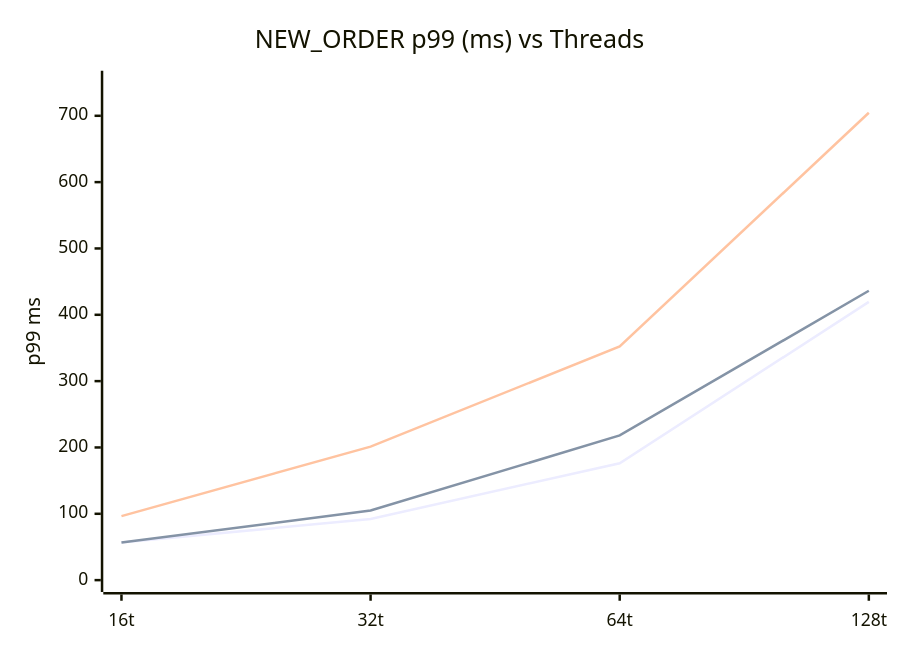
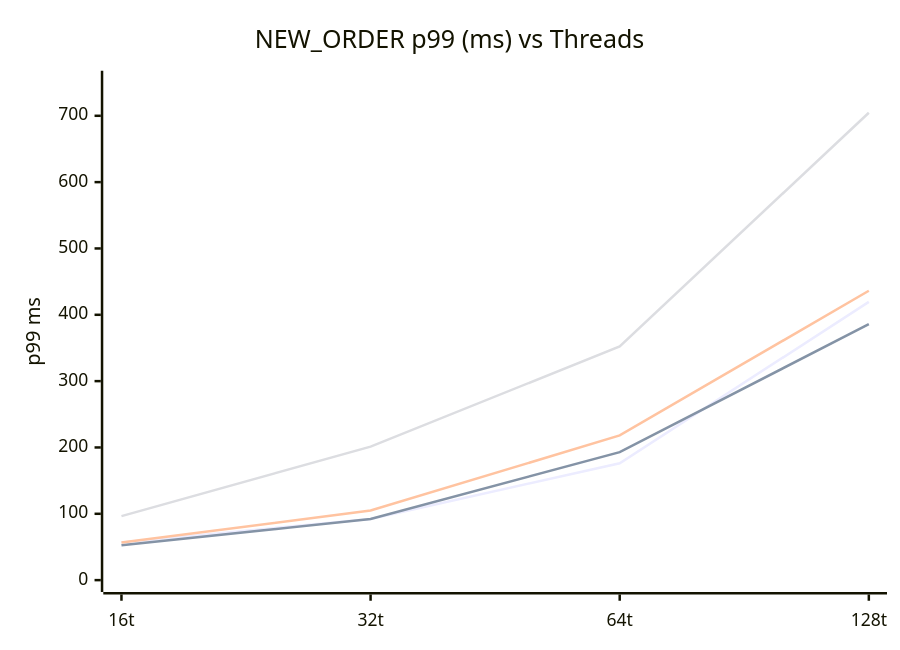
One commit to heavenruler/dba_career changed the third of 4 diagrams in poc/results/tidb-tc1/S-BASE/compare.md. Above: the diagram before and after it, drawn with Mermaid. The commit also changed other lines of this file, not shown here.

````diff
--- a/poc/results/tidb-tc1/S-BASE/compare.md
+++ b/poc/results/tidb-tc1/S-BASE/compare.md
@@ -188,9 +193,10 @@
 ```mermaid
 xychart-beta
   title "NEW_ORDER p99 (ms) vs Threads"
   x-axis ["16t", "32t", "64t", "128t"]
   y-axis "p99 ms" 0 --> 750
   line [56.6, 92.3, 176.2, 419.4]
+  line [52.4, 92.3, 192.9, 385.9]
   line [56.6, 104.9, 218.1, 436.2]
   line [96.5, 201.3, 352.3, 704.6]
 ```
````
